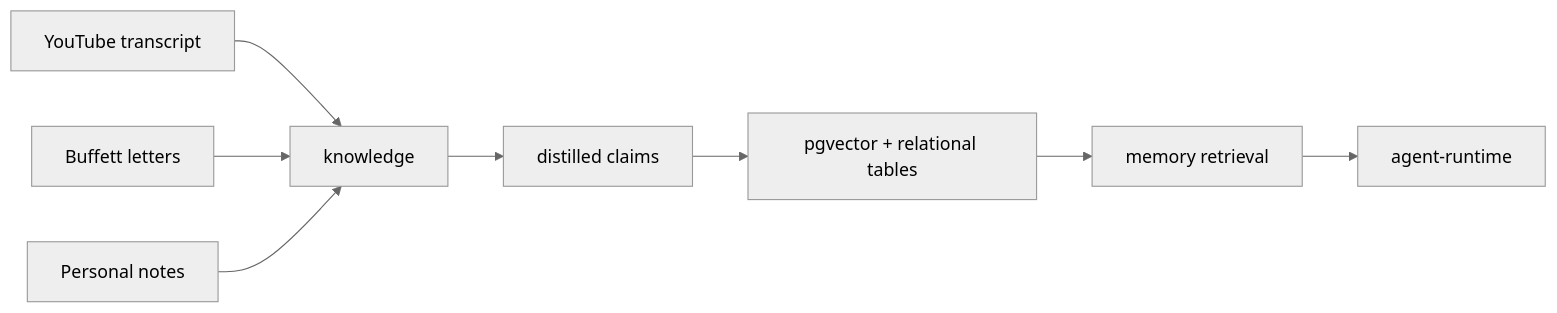
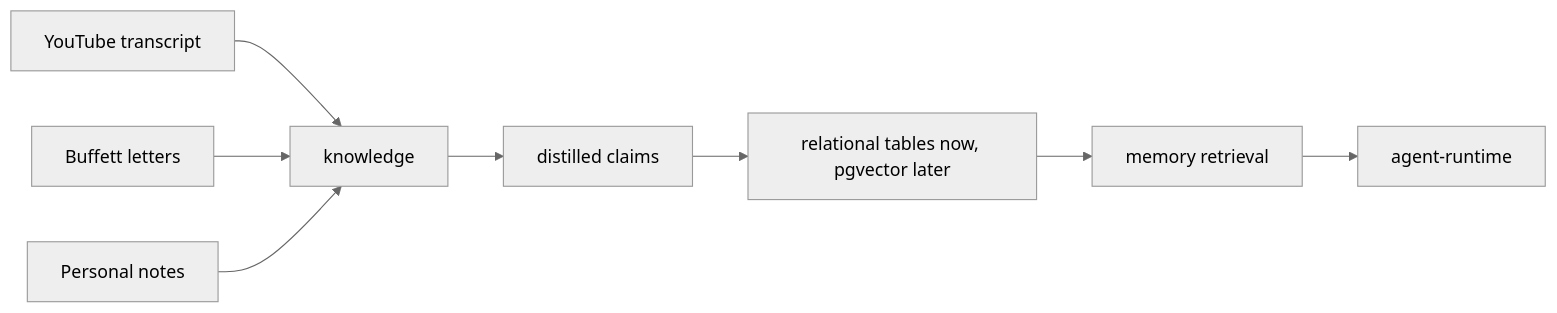
The fifth of 5 diagrams in docs/architecture.md (decocereus/tradeai), drawn with Mermaid (neutral theme) before and after one commit. The commit also changed other lines of this file and 43 other files, not shown here.

````diff
--- a/docs/architecture.md
+++ b/docs/architecture.md
@@ -137,10 +137,10 @@
 ```mermaid
 flowchart LR
     Y["YouTube transcript"] --> K["knowledge"]
     B["Buffett letters"] --> K
     N["Personal notes"] --> K
     K --> C["distilled claims"]
-    C --> DB["pgvector + relational tables"]
+    C --> DB["relational tables now, pgvector later"]
     DB --> M["memory retrieval"]
     M --> A["agent-runtime"]
 ```
````
